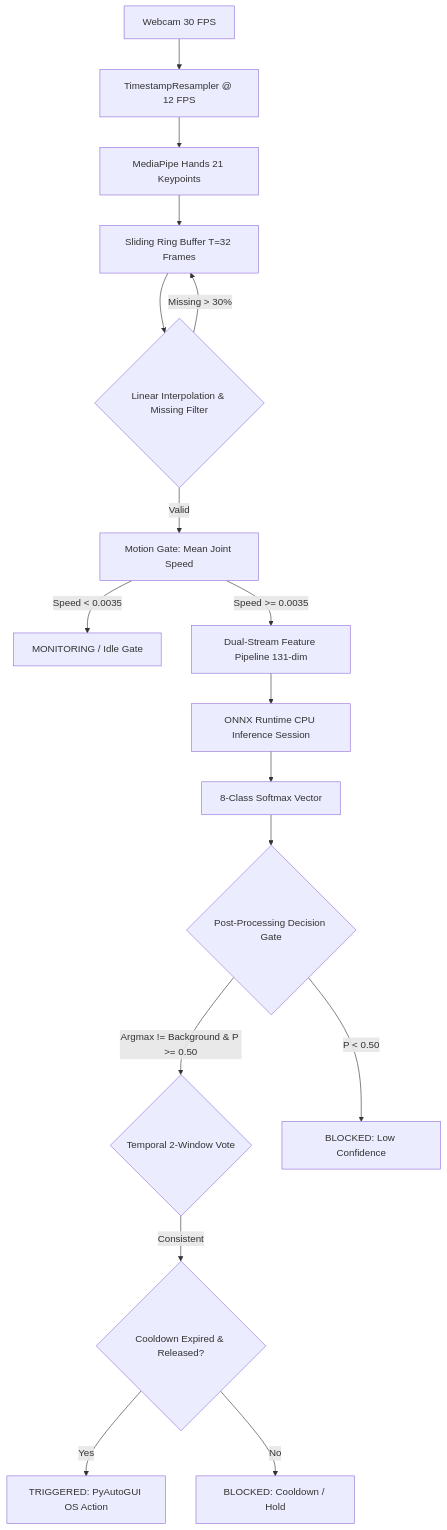
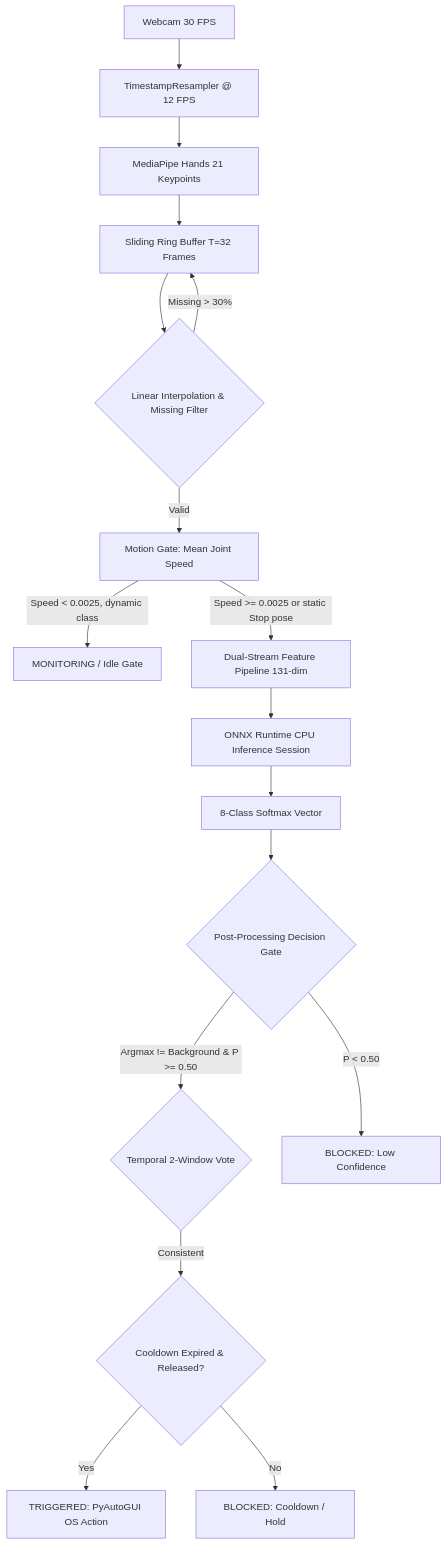
Before and after one commit to Gracias-48/Gesture-Control: the diagram in README.md, drawn with Mermaid. The commit also changed other lines of this file and 8 other files, not shown here.

````diff
--- a/README.md
+++ b/README.md
@@ -64,19 +64,19 @@
 ```mermaid
 flowchart TD
     A[Webcam 30 FPS] --> B[TimestampResampler @ 12 FPS]
     B --> C[MediaPipe Hands 21 Keypoints]
     C --> D[Sliding Ring Buffer T=32 Frames]
     D --> E{Linear Interpolation & Missing Filter}
     E -->|Missing > 30%| D
     E -->|Valid| F[Motion Gate: Mean Joint Speed]
-    F -->|Speed < 0.0035| G[MONITORING / Idle Gate]
-    F -->|Speed >= 0.0035| H[Dual-Stream Feature Pipeline 131-dim]
+    F -->|Speed < 0.0025, dynamic class| G[MONITORING / Idle Gate]
+    F -->|Speed >= 0.0025 or static Stop pose| H[Dual-Stream Feature Pipeline 131-dim]
     H --> I[ONNX Runtime CPU Inference Session]
     I --> J[8-Class Softmax Vector]
     J --> K{Post-Processing Decision Gate}
     K -->|Argmax != Background & P >= 0.50| L{Temporal 2-Window Vote}
     L -->|Consistent| M{Cooldown Expired & Released?}
     M -->|Yes| N[TRIGGERED: PyAutoGUI OS Action]
     M -->|No| O[BLOCKED: Cooldown / Hold]
     K -->|P < 0.50| P[BLOCKED: Low Confidence]
 ```
````
